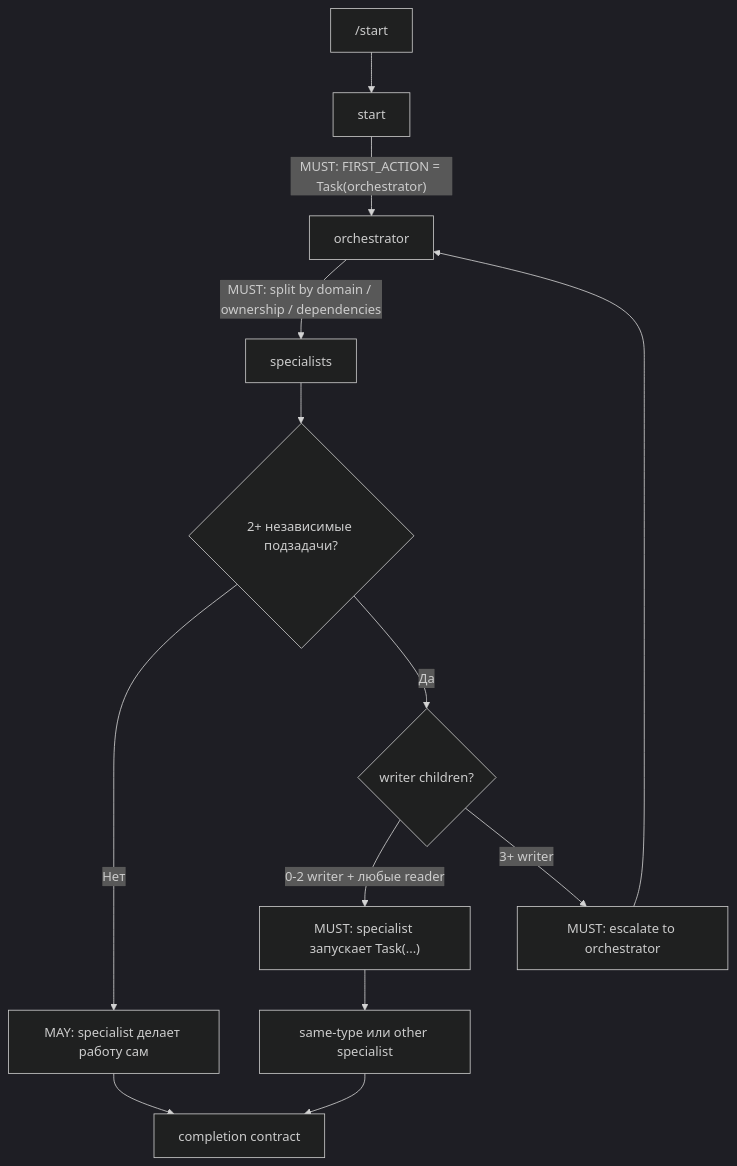
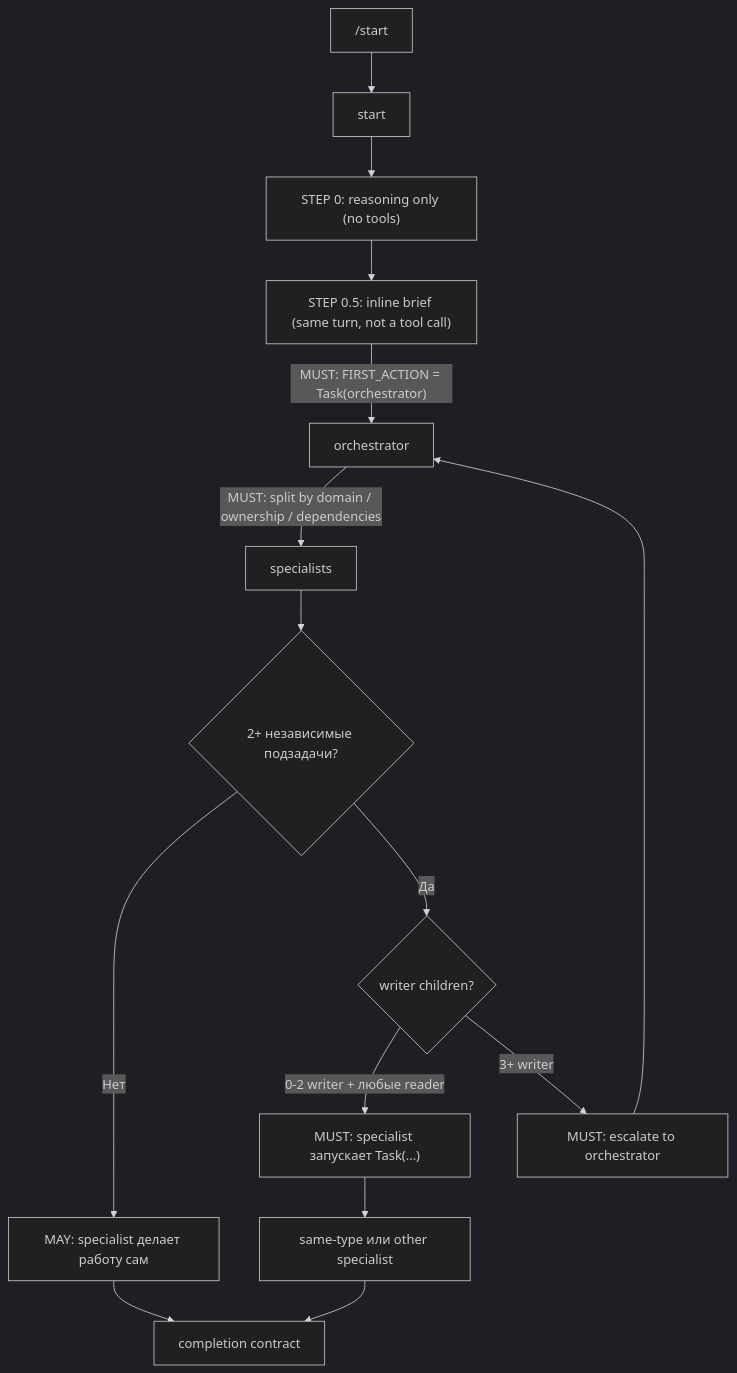
The diagram in docs/quick-start-orchestration.md (m1krot1k1/zhurai-agent), drawn with Mermaid (dark theme) before and after one commit. The commit also changed other lines of this file and 11 other files, not shown here.

````diff
--- a/docs/quick-start-orchestration.md
+++ b/docs/quick-start-orchestration.md
@@ -11,15 +11,17 @@
 ```mermaid
 flowchart TD
     A["/start"] --> B["start"]
-    B -->|"MUST: FIRST_ACTION = Task(orchestrator)"| C["orchestrator"]
+    B --> B0["STEP 0: reasoning only (no tools)"]
+    B0 --> B05["STEP 0.5: inline brief (same turn, not a tool call)"]
+    B05 -->|"MUST: FIRST_ACTION = Task(orchestrator)"| C["orchestrator"]
     C -->|"MUST: split by domain / ownership / dependencies"| D["specialists"]
     D --> E{"2+ независимые подзадачи?"}
     E -->|"Нет"| F["MAY: specialist делает работу сам"]
     E -->|"Да"| G{"writer children?"}
     G -->|"0-2 writer + любые reader"| H["MUST: specialist запускает Task(...)"]
     G -->|"3+ writer"| I["MUST: escalate to orchestrator"]
     H --> J["same-type или other specialist"]
     F --> K["completion contract"]
     J --> K
     I --> C
 ```
````
